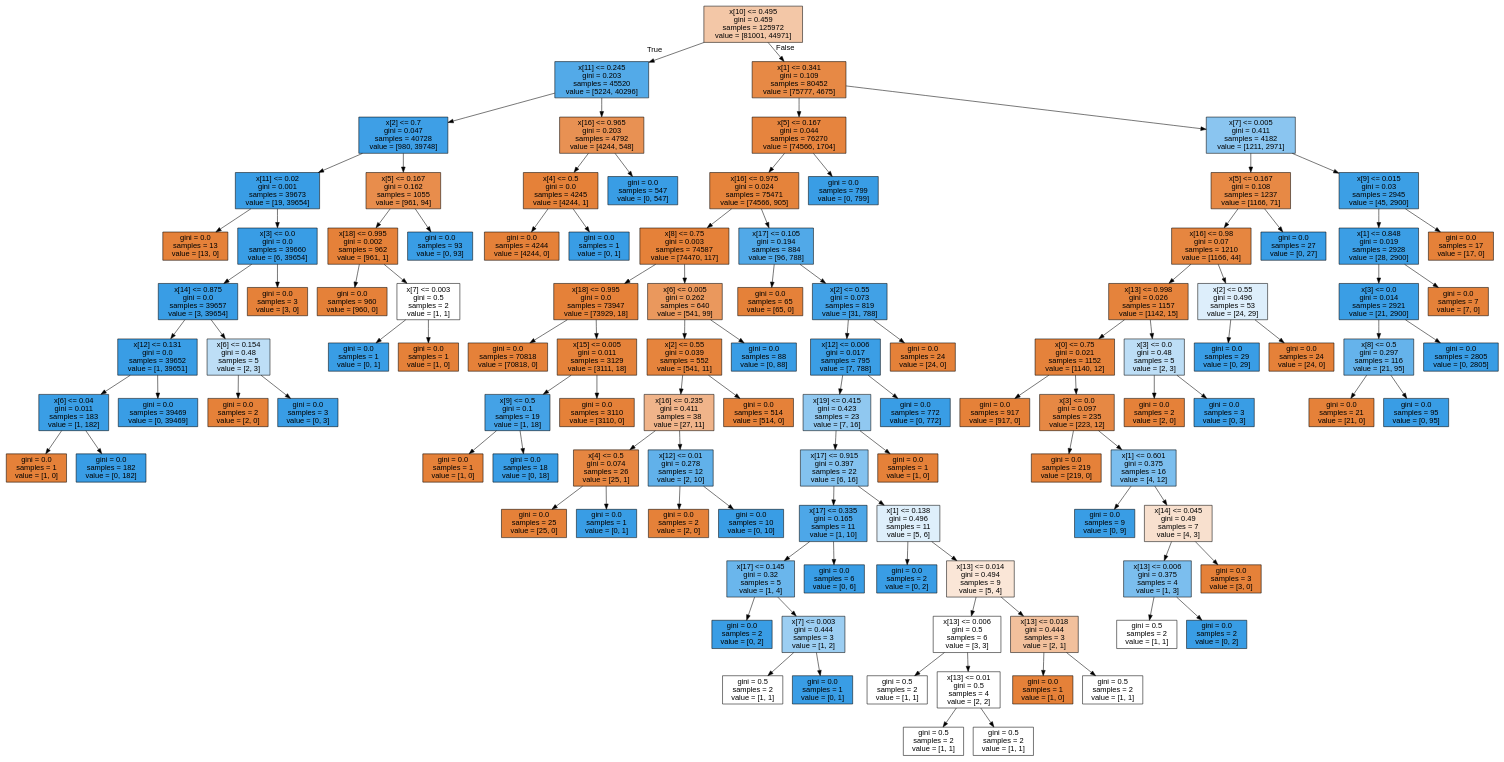
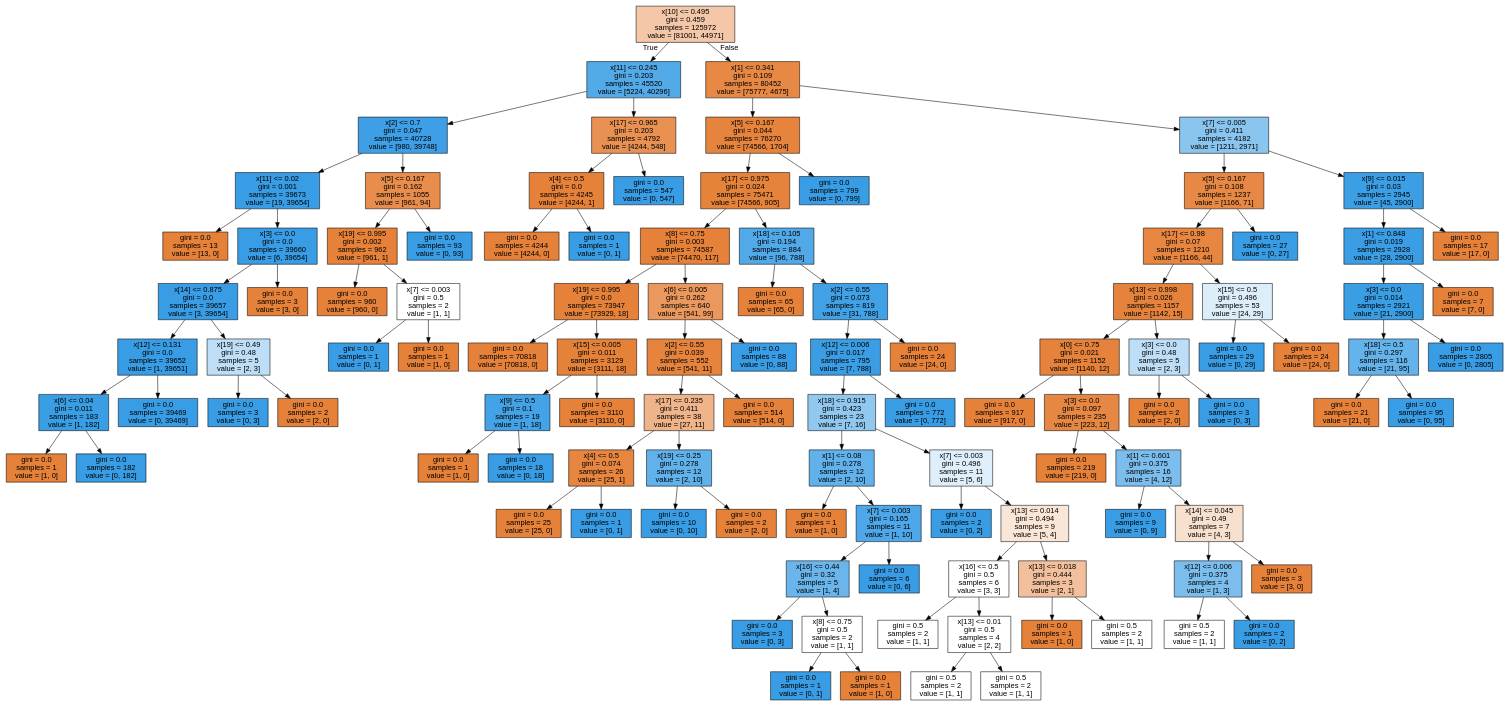
The diagram in decision_tree.dot (Abir-Ba/2CS_Project), drawn with Graphviz before and after one commit. The commit also changed 44 other files, not shown here.

```diff
--- a/decision_tree.dot
+++ b/decision_tree.dot
@@ -24,17 +24,17 @@
 8 -> 10 ;
 11 [label="gini = 0.0\nsamples = 39469\nvalue = [0, 39469]", fillcolor="#399de5"] ;
 7 -> 11 ;
-12 [label="x[6] <= 0.154\ngini = 0.48\nsamples = 5\nvalue = [2, 3]", fillcolor="#bddef6"] ;
+12 [label="x[19] <= 0.49\ngini = 0.48\nsamples = 5\nvalue = [2, 3]", fillcolor="#bddef6"] ;
 6 -> 12 ;
-13 [label="gini = 0.0\nsamples = 2\nvalue = [2, 0]", fillcolor="#e58139"] ;
+13 [label="gini = 0.0\nsamples = 3\nvalue = [0, 3]", fillcolor="#399de5"] ;
 12 -> 13 ;
-14 [label="gini = 0.0\nsamples = 3\nvalue = [0, 3]", fillcolor="#399de5"] ;
+14 [label="gini = 0.0\nsamples = 2\nvalue = [2, 0]", fillcolor="#e58139"] ;
 12 -> 14 ;
 15 [label="gini = 0.0\nsamples = 3\nvalue = [3, 0]", fillcolor="#e58139"] ;
 5 -> 15 ;
 16 [label="x[5] <= 0.167\ngini = 0.162\nsamples = 1055\nvalue = [961, 94]", fillcolor="#e88d4c"] ;
 2 -> 16 ;
-17 [label="x[18] <= 0.995\ngini = 0.002\nsamples = 962\nvalue = [961, 1]", fillcolor="#e58139"] ;
+17 [label="x[19] <= 0.995\ngini = 0.002\nsamples = 962\nvalue = [961, 1]", fillcolor="#e58139"] ;
 16 -> 17 ;
 18 [label="gini = 0.0\nsamples = 960\nvalue = [960, 0]", fillcolor="#e58139"] ;
 17 -> 18 ;
@@ -46,7 +46,7 @@
 19 -> 21 ;
 22 [label="gini = 0.0\nsamples = 93\nvalue = [0, 93]", fillcolor="#399de5"] ;
 16 -> 22 ;
-23 [label="x[16] <= 0.965\ngini = 0.203\nsamples = 4792\nvalue = [4244, 548]", fillcolor="#e89153"] ;
+23 [label="x[17] <= 0.965\ngini = 0.203\nsamples = 4792\nvalue = [4244, 548]", fillcolor="#e89153"] ;
 1 -> 23 ;
 24 [label="x[4] <= 0.5\ngini = 0.0\nsamples = 4245\nvalue = [4244, 1]", fillcolor="#e58139"] ;
 23 -> 24 ;
@@ -60,11 +60,11 @@
 0 -> 28 [labeldistance=2.5, labelangle=-45, headlabel="False"] ;
 29 [label="x[5] <= 0.167\ngini = 0.044\nsamples = 76270\nvalue = [74566, 1704]", fillcolor="#e6843e"] ;
 28 -> 29 ;
-30 [label="x[16] <= 0.975\ngini = 0.024\nsamples = 75471\nvalue = [74566, 905]", fillcolor="#e5833b"] ;
+30 [label="x[17] <= 0.975\ngini = 0.024\nsamples = 75471\nvalue = [74566, 905]", fillcolor="#e5833b"] ;
 29 -> 30 ;
 31 [label="x[8] <= 0.75\ngini = 0.003\nsamples = 74587\nvalue = [74470, 117]", fillcolor="#e58139"] ;
 30 -> 31 ;
-32 [label="x[18] <= 0.995\ngini = 0.0\nsamples = 73947\nvalue = [73929, 18]", fillcolor="#e58139"] ;
+32 [label="x[19] <= 0.995\ngini = 0.0\nsamples = 73947\nvalue = [73929, 18]", fillcolor="#e58139"] ;
 31 -> 32 ;
 33 [label="gini = 0.0\nsamples = 70818\nvalue = [70818, 0]", fillcolor="#e58139"] ;
 32 -> 33 ;
@@ -82,7 +82,7 @@
 31 -> 39 ;
 40 [label="x[2] <= 0.55\ngini = 0.039\nsamples = 552\nvalue = [541, 11]", fillcolor="#e6843d"] ;
 39 -> 40 ;
-41 [label="x[16] <= 0.235\ngini = 0.411\nsamples = 38\nvalue = [27, 11]", fillcolor="#f0b48a"] ;
+41 [label="x[17] <= 0.235\ngini = 0.411\nsamples = 38\nvalue = [27, 11]", fillcolor="#f0b48a"] ;
 40 -> 41 ;
 42 [label="x[4] <= 0.5\ngini = 0.074\nsamples = 26\nvalue = [25, 1]", fillcolor="#e68641"] ;
 41 -> 42 ;
@@ -90,17 +90,17 @@
 42 -> 43 ;
 44 [label="gini = 0.0\nsamples = 1\nvalue = [0, 1]", fillcolor="#399de5"] ;
 42 -> 44 ;
-45 [label="x[12] <= 0.01\ngini = 0.278\nsamples = 12\nvalue = [2, 10]", fillcolor="#61b1ea"] ;
+45 [label="x[19] <= 0.25\ngini = 0.278\nsamples = 12\nvalue = [2, 10]", fillcolor="#61b1ea"] ;
 41 -> 45 ;
-46 [label="gini = 0.0\nsamples = 2\nvalue = [2, 0]", fillcolor="#e58139"] ;
+46 [label="gini = 0.0\nsamples = 10\nvalue = [0, 10]", fillcolor="#399de5"] ;
 45 -> 46 ;
-47 [label="gini = 0.0\nsamples = 10\nvalue = [0, 10]", fillcolor="#399de5"] ;
+47 [label="gini = 0.0\nsamples = 2\nvalue = [2, 0]", fillcolor="#e58139"] ;
 45 -> 47 ;
 48 [label="gini = 0.0\nsamples = 514\nvalue = [514, 0]", fillcolor="#e58139"] ;
 40 -> 48 ;
 49 [label="gini = 0.0\nsamples = 88\nvalue = [0, 88]", fillcolor="#399de5"] ;
 39 -> 49 ;
-50 [label="x[17] <= 0.105\ngini = 0.194\nsamples = 884\nvalue = [96, 788]", fillcolor="#51a9e8"] ;
+50 [label="x[18] <= 0.105\ngini = 0.194\nsamples = 884\nvalue = [96, 788]", fillcolor="#51a9e8"] ;
 30 -> 50 ;
 51 [label="gini = 0.0\nsamples = 65\nvalue = [65, 0]", fillcolor="#e58139"] ;
 50 -> 51 ;
@@ -108,48 +108,48 @@
 50 -> 52 ;
 53 [label="x[12] <= 0.006\ngini = 0.017\nsamples = 795\nvalue = [7, 788]", fillcolor="#3b9ee5"] ;
 52 -> 53 ;
-54 [label="x[19] <= 0.415\ngini = 0.423\nsamples = 23\nvalue = [7, 16]", fillcolor="#90c8f0"] ;
+54 [label="x[18] <= 0.915\ngini = 0.423\nsamples = 23\nvalue = [7, 16]", fillcolor="#90c8f0"] ;
 53 -> 54 ;
-55 [label="x[17] <= 0.915\ngini = 0.397\nsamples = 22\nvalue = [6, 16]", fillcolor="#83c2ef"] ;
+55 [label="x[1] <= 0.08\ngini = 0.278\nsamples = 12\nvalue = [2, 10]", fillcolor="#61b1ea"] ;
 54 -> 55 ;
-56 [label="x[17] <= 0.335\ngini = 0.165\nsamples = 11\nvalue = [1, 10]", fillcolor="#4da7e8"] ;
+56 [label="gini = 0.0\nsamples = 1\nvalue = [1, 0]", fillcolor="#e58139"] ;
 55 -> 56 ;
-57 [label="x[17] <= 0.145\ngini = 0.32\nsamples = 5\nvalue = [1, 4]", fillcolor="#6ab6ec"] ;
-56 -> 57 ;
-58 [label="gini = 0.0\nsamples = 2\nvalue = [0, 2]", fillcolor="#399de5"] ;
+57 [label="x[7] <= 0.003\ngini = 0.165\nsamples = 11\nvalue = [1, 10]", fillcolor="#4da7e8"] ;
+55 -> 57 ;
+58 [label="x[16] <= 0.44\ngini = 0.32\nsamples = 5\nvalue = [1, 4]", fillcolor="#6ab6ec"] ;
 57 -> 58 ;
-59 [label="x[7] <= 0.003\ngini = 0.444\nsamples = 3\nvalue = [1, 2]", fillcolor="#9ccef2"] ;
-57 -> 59 ;
-60 [label="gini = 0.5\nsamples = 2\nvalue = [1, 1]", fillcolor="#ffffff"] ;
-59 -> 60 ;
+59 [label="gini = 0.0\nsamples = 3\nvalue = [0, 3]", fillcolor="#399de5"] ;
+58 -> 59 ;
+60 [label="x[8] <= 0.75\ngini = 0.5\nsamples = 2\nvalue = [1, 1]", fillcolor="#ffffff"] ;
+58 -> 60 ;
 61 [label="gini = 0.0\nsamples = 1\nvalue = [0, 1]", fillcolor="#399de5"] ;
-59 -> 61 ;
-62 [label="gini = 0.0\nsamples = 6\nvalue = [0, 6]", fillcolor="#399de5"] ;
-56 -> 62 ;
-63 [label="x[1] <= 0.138\ngini = 0.496\nsamples = 11\nvalue = [5, 6]", fillcolor="#deeffb"] ;
-55 -> 63 ;
-64 [label="gini = 0.0\nsamples = 2\nvalue = [0, 2]", fillcolor="#399de5"] ;
-63 -> 64 ;
-65 [label="x[13] <= 0.014\ngini = 0.494\nsamples = 9\nvalue = [5, 4]", fillcolor="#fae6d7"] ;
-63 -> 65 ;
-66 [label="x[13] <= 0.006\ngini = 0.5\nsamples = 6\nvalue = [3, 3]", fillcolor="#ffffff"] ;
-65 -> 66 ;
-67 [label="gini = 0.5\nsamples = 2\nvalue = [1, 1]", fillcolor="#ffffff"] ;
+60 -> 61 ;
+62 [label="gini = 0.0\nsamples = 1\nvalue = [1, 0]", fillcolor="#e58139"] ;
+60 -> 62 ;
+63 [label="gini = 0.0\nsamples = 6\nvalue = [0, 6]", fillcolor="#399de5"] ;
+57 -> 63 ;
+64 [label="x[7] <= 0.003\ngini = 0.496\nsamples = 11\nvalue = [5, 6]", fillcolor="#deeffb"] ;
+54 -> 64 ;
+65 [label="gini = 0.0\nsamples = 2\nvalue = [0, 2]", fillcolor="#399de5"] ;
+64 -> 65 ;
+66 [label="x[13] <= 0.014\ngini = 0.494\nsamples = 9\nvalue = [5, 4]", fillcolor="#fae6d7"] ;
+64 -> 66 ;
+67 [label="x[16] <= 0.5\ngini = 0.5\nsamples = 6\nvalue = [3, 3]", fillcolor="#ffffff"] ;
 66 -> 67 ;
-68 [label="x[13] <= 0.01\ngini = 0.5\nsamples = 4\nvalue = [2, 2]", fillcolor="#ffffff"] ;
-66 -> 68 ;
-69 [label="gini = 0.5\nsamples = 2\nvalue = [1, 1]", fillcolor="#ffffff"] ;
-68 -> 69 ;
+68 [label="gini = 0.5\nsamples = 2\nvalue = [1, 1]", fillcolor="#ffffff"] ;
+67 -> 68 ;
+69 [label="x[13] <= 0.01\ngini = 0.5\nsamples = 4\nvalue = [2, 2]", fillcolor="#ffffff"] ;
+67 -> 69 ;
 70 [label="gini = 0.5\nsamples = 2\nvalue = [1, 1]", fillcolor="#ffffff"] ;
-68 -> 70 ;
-71 [label="x[13] <= 0.018\ngini = 0.444\nsamples = 3\nvalue = [2, 1]", fillcolor="#f2c09c"] ;
-65 -> 71 ;
-72 [label="gini = 0.0\nsamples = 1\nvalue = [1, 0]", fillcolor="#e58139"] ;
-71 -> 72 ;
-73 [label="gini = 0.5\nsamples = 2\nvalue = [1, 1]", fillcolor="#ffffff"] ;
-71 -> 73 ;
-74 [label="gini = 0.0\nsamples = 1\nvalue = [1, 0]", fillcolor="#e58139"] ;
-54 -> 74 ;
+69 -> 70 ;
+71 [label="gini = 0.5\nsamples = 2\nvalue = [1, 1]", fillcolor="#ffffff"] ;
+69 -> 71 ;
+72 [label="x[13] <= 0.018\ngini = 0.444\nsamples = 3\nvalue = [2, 1]", fillcolor="#f2c09c"] ;
+66 -> 72 ;
+73 [label="gini = 0.0\nsamples = 1\nvalue = [1, 0]", fillcolor="#e58139"] ;
+72 -> 73 ;
+74 [label="gini = 0.5\nsamples = 2\nvalue = [1, 1]", fillcolor="#ffffff"] ;
+72 -> 74 ;
 75 [label="gini = 0.0\nsamples = 772\nvalue = [0, 772]", fillcolor="#399de5"] ;
 53 -> 75 ;
 76 [label="gini = 0.0\nsamples = 24\nvalue = [24, 0]", fillcolor="#e58139"] ;
@@ -160,7 +160,7 @@
 28 -> 78 ;
 79 [label="x[5] <= 0.167\ngini = 0.108\nsamples = 1237\nvalue = [1166, 71]", fillcolor="#e78945"] ;
 78 -> 79 ;
-80 [label="x[16] <= 0.98\ngini = 0.07\nsamples = 1210\nvalue = [1166, 44]", fillcolor="#e68640"] ;
+80 [label="x[17] <= 0.98\ngini = 0.07\nsamples = 1210\nvalue = [1166, 44]", fillcolor="#e68640"] ;
 79 -> 80 ;
 81 [label="x[13] <= 0.998\ngini = 0.026\nsamples = 1157\nvalue = [1142, 15]", fillcolor="#e5833c"] ;
 80 -> 81 ;
@@ -178,7 +178,7 @@
 86 -> 87 ;
 88 [label="x[14] <= 0.045\ngini = 0.49\nsamples = 7\nvalue = [4, 3]", fillcolor="#f8e0ce"] ;
 86 -> 88 ;
-89 [label="x[13] <= 0.006\ngini = 0.375\nsamples = 4\nvalue = [1, 3]", fillcolor="#7bbeee"] ;
+89 [label="x[12] <= 0.006\ngini = 0.375\nsamples = 4\nvalue = [1, 3]", fillcolor="#7bbeee"] ;
 88 -> 89 ;
 90 [label="gini = 0.5\nsamples = 2\nvalue = [1, 1]", fillcolor="#ffffff"] ;
 89 -> 90 ;
@@ -192,7 +192,7 @@
 93 -> 94 ;
 95 [label="gini = 0.0\nsamples = 3\nvalue = [0, 3]", fillcolor="#399de5"] ;
 93 -> 95 ;
-96 [label="x[2] <= 0.55\ngini = 0.496\nsamples = 53\nvalue = [24, 29]", fillcolor="#ddeefb"] ;
+96 [label="x[15] <= 0.5\ngini = 0.496\nsamples = 53\nvalue = [24, 29]", fillcolor="#ddeefb"] ;
 80 -> 96 ;
 97 [label="gini = 0.0\nsamples = 29\nvalue = [0, 29]", fillcolor="#399de5"] ;
 96 -> 97 ;
@@ -206,7 +206,7 @@
 100 -> 101 ;
 102 [label="x[3] <= 0.0\ngini = 0.014\nsamples = 2921\nvalue = [21, 2900]", fillcolor="#3a9ee5"] ;
 101 -> 102 ;
-103 [label="x[8] <= 0.5\ngini = 0.297\nsamples = 116\nvalue = [21, 95]", fillcolor="#65b3eb"] ;
+103 [label="x[18] <= 0.5\ngini = 0.297\nsamples = 116\nvalue = [21, 95]", fillcolor="#65b3eb"] ;
 102 -> 103 ;
 104 [label="gini = 0.0\nsamples = 21\nvalue = [21, 0]", fillcolor="#e58139"] ;
 103 -> 104 ;
```
